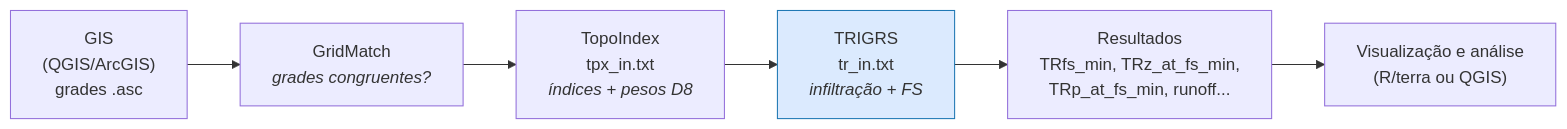
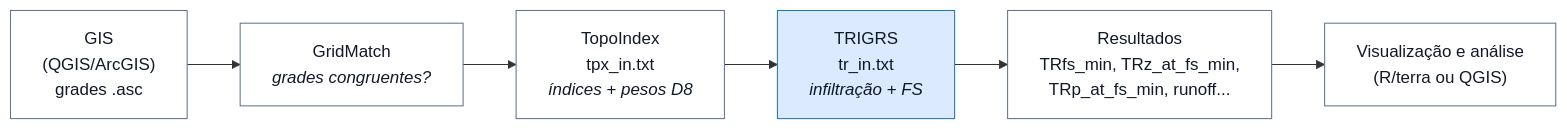
Before and after one commit to sedec-dpm-cgnat/tutorial-trigrs: the second of 2 diagrams in 01-teoria.qmd, drawn with Mermaid. The commit also changed other lines of this file and 2 other files, not shown here.

Commit message:
Melhora contraste dos fluxogramas mermaid

````diff
--- a/01-teoria.qmd
+++ b/01-teoria.qmd
@@ -296,11 +301,12 @@
 ```{mermaid}
 %%| fig-cap: "Fluxo operacional: dos rasters do GIS aos mapas de resultado. É exatamente esta sequência que executaremos no exemplo tutorial."
 flowchart LR
   G["GIS<br/>(QGIS/ArcGIS)<br/>grades .asc"] --> M["GridMatch<br/><i>grades congruentes?</i>"]
   M --> T["TopoIndex<br/>tpx_in.txt<br/><i>índices + pesos D8</i>"]
   T --> R["TRIGRS<br/>tr_in.txt<br/><i>infiltração + FS</i>"]
   R --> S["Resultados<br/>TRfs_min, TRz_at_fs_min,<br/>TRp_at_fs_min, runoff..."]
   S --> V["Visualização e análise<br/>(R/terra ou QGIS)"]
 
-  style R fill:#dbeafe,stroke:#1f78b4
+  classDef default fill:#ffffff,stroke:#64748b,color:#111827
+  style R fill:#dbeafe,stroke:#1f78b4,color:#0f172a
 ```
````
